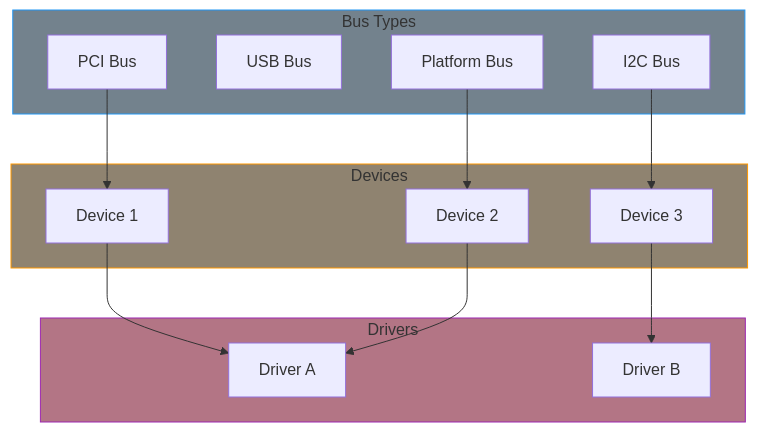
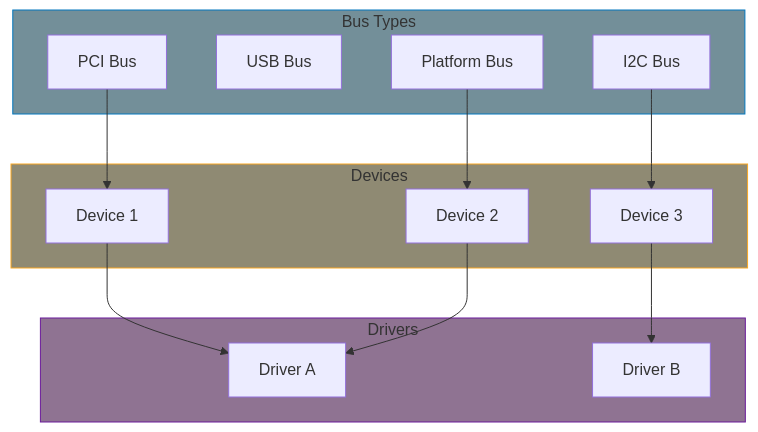
The first of 3 diagrams in part6/index.md (MichaelTien8901/linux-driver-guide-tutorial), drawn with Mermaid before and after one commit. The commit also changed other lines of this file and 36 other files, not shown here.

Commit message:
Fix mermaid diagram colors to use consistent paper-like theme

````diff
--- a/part6/index.md
+++ b/part6/index.md
@@ -14,32 +14,32 @@
 ```mermaid
 flowchart TB
     subgraph Buses["Bus Types"]
         PCI["PCI Bus"]
         USB["USB Bus"]
         Platform["Platform Bus"]
         I2C["I2C Bus"]
     end
 
     subgraph Devices["Devices"]
         D1["Device 1"]
         D2["Device 2"]
         D3["Device 3"]
     end
 
     subgraph Drivers["Drivers"]
         Dr1["Driver A"]
         Dr2["Driver B"]
     end
 
     PCI --> D1
     Platform --> D2
     I2C --> D3
 
     D1 --> Dr1
     D2 --> Dr1
     D3 --> Dr2
 
-    style Buses fill:#73828d,stroke:#2196f3
-    style Devices fill:#8f8370,stroke:#ff9800
-    style Drivers fill:#B37585,stroke:#9c27b0
+    style Buses fill:#738f99,stroke:#0277bd
+    style Devices fill:#8f8a73,stroke:#f9a825
+    style Drivers fill:#8f7392,stroke:#6a1b9a
 ```
````
